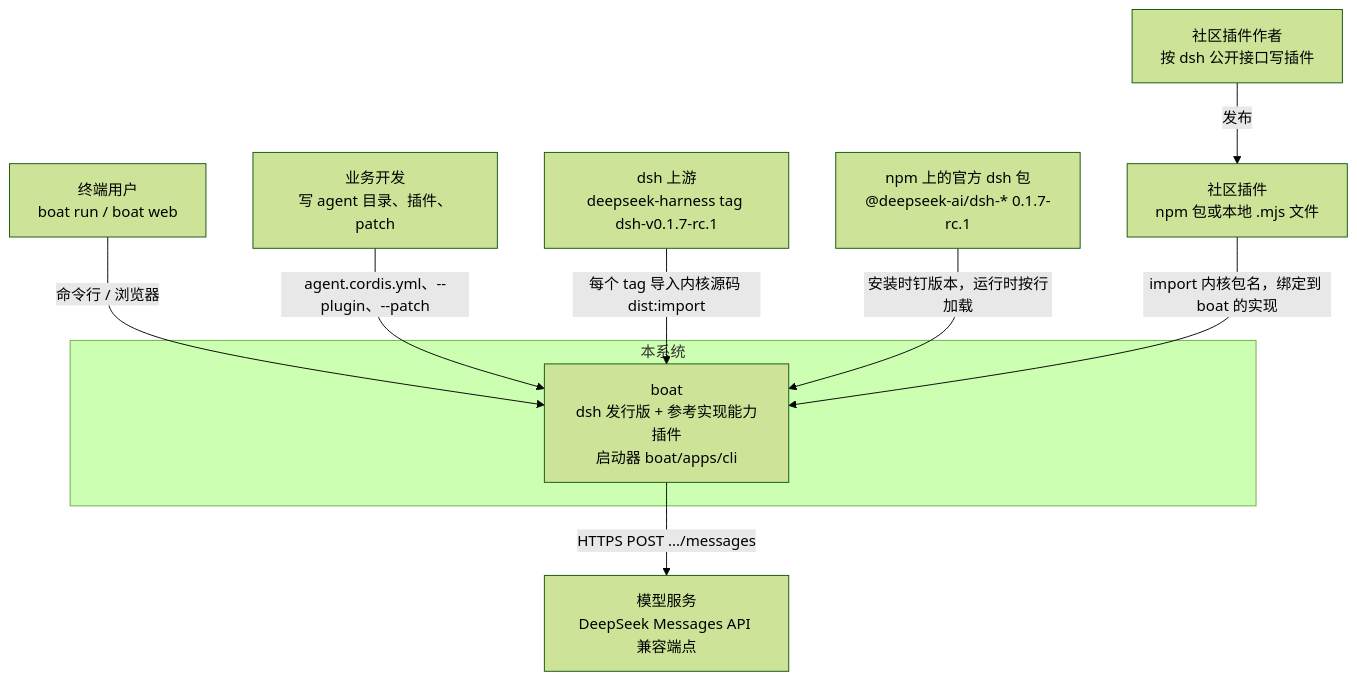
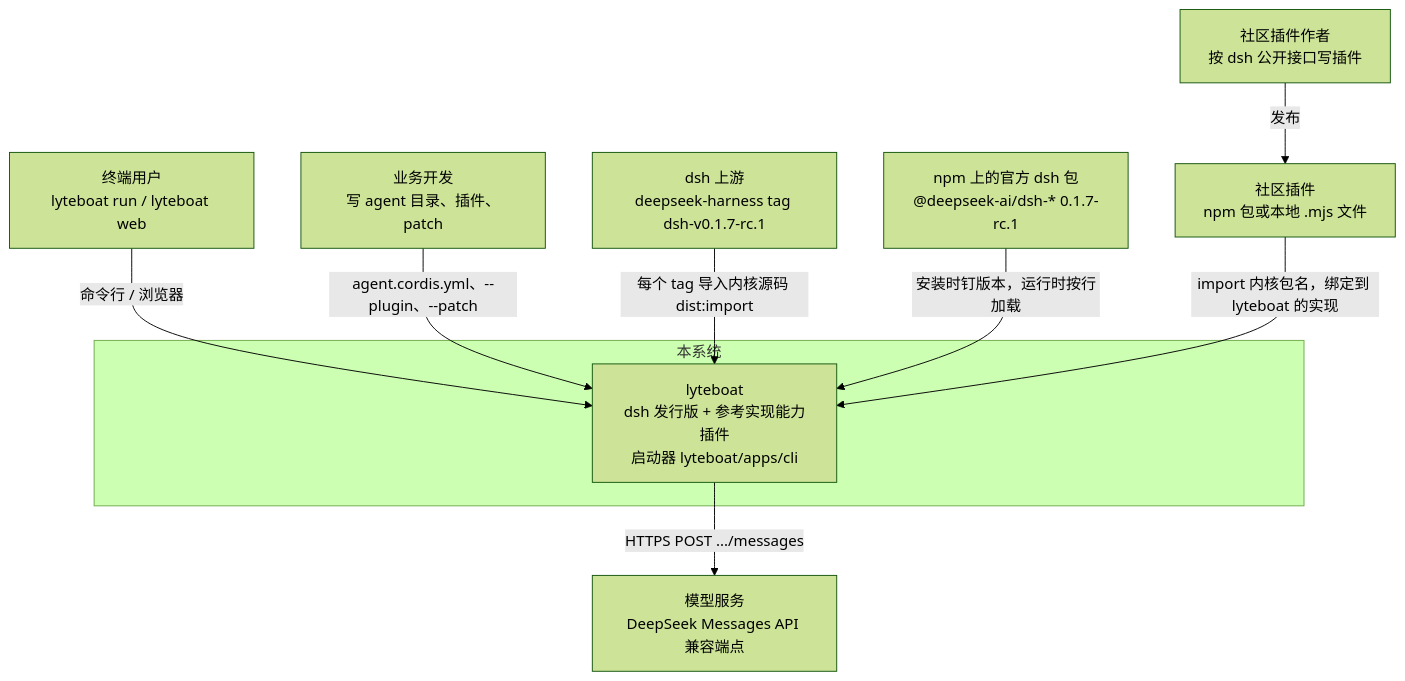
The first of 11 diagrams in docs/01-architecture.md (lyteboat/boat), drawn with Mermaid (forest theme) before and after one commit. The commit also changed other lines of this file and 316 other files, not shown here.

First line of the commit message:
chore: lyteboat — one name for the packages, the CLI, the protocol, and the docs

````diff
--- a/docs/01-architecture.md
+++ b/docs/01-architecture.md
@@ -66,20 +66,20 @@
 ```mermaid
 flowchart TB
-  user["终端用户<br/>boat run / boat web"]
+  user["终端用户<br/>lyteboat run / lyteboat web"]
   dev["业务开发<br/>写 agent 目录、插件、patch"]
   author["社区插件作者<br/>按 dsh 公开接口写插件"]
   subgraph SYS["本系统"]
-    boat["boat<br/>dsh 发行版 + 参考实现能力插件<br/>启动器 boat/apps/cli"]
+    lyteboat["lyteboat<br/>dsh 发行版 + 参考实现能力插件<br/>启动器 lyteboat/apps/cli"]
   end
   upstream["dsh 上游<br/>deepseek-harness tag dsh-v0.1.7-rc.1"]
   npm["npm 上的官方 dsh 包<br/>@deepseek-ai/dsh-* 0.1.7-rc.1"]
   cplug["社区插件<br/>npm 包或本地 .mjs 文件"]
   model["模型服务<br/>DeepSeek Messages API 兼容端点"]
-  user -->|"命令行 / 浏览器"| boat
-  dev -->|"agent.cordis.yml、--plugin、--patch"| boat
-  upstream -->|"每个 tag 导入内核源码 dist:import"| boat
-  npm -->|"安装时钉版本，运行时按行加载"| boat
+  user -->|"命令行 / 浏览器"| lyteboat
+  dev -->|"agent.cordis.yml、--plugin、--patch"| lyteboat
+  upstream -->|"每个 tag 导入内核源码 dist:import"| lyteboat
+  npm -->|"安装时钉版本，运行时按行加载"| lyteboat
   author -->|"发布"| cplug
-  cplug -->|"import 内核包名，绑定到 boat 的实现"| boat
-  boat -->|"HTTPS POST .../messages"| model
+  cplug -->|"import 内核包名，绑定到 lyteboat 的实现"| lyteboat
+  lyteboat -->|"HTTPS POST .../messages"| model
 ```
````
